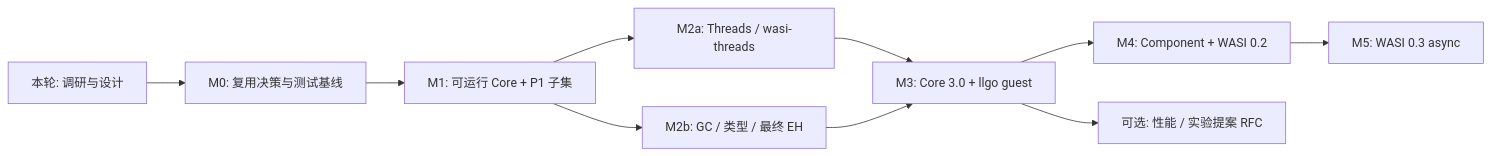
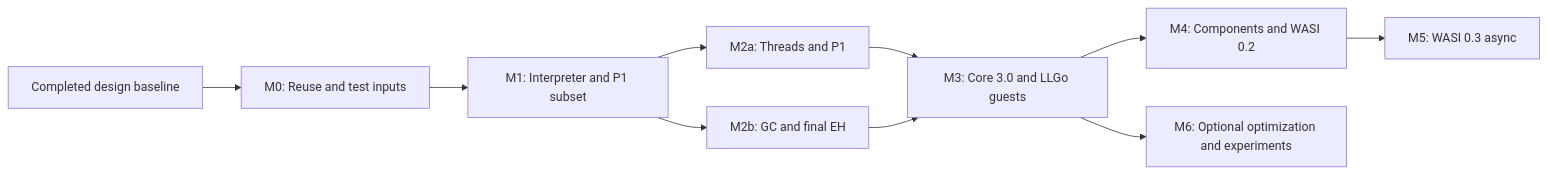
One commit to cpunion/wasmvm changed the diagram in docs/roadmap.md. Above: the diagram before and after it, drawn with Mermaid. The commit also changed other lines of this file and 8 other files, not shown here.

````diff
--- a/docs/roadmap.md
+++ b/docs/roadmap.md
@@ -21,12 +22,12 @@
 ```mermaid
 flowchart LR
-    D[本轮: 调研与设计] --> M0[M0: 复用决策与测试基线]
-    M0 --> M1[M1: 可运行 Core + P1 子集]
-    M1 --> M2A[M2a: Threads / wasi-threads]
-    M1 --> M2B[M2b: GC / 类型 / 最终 EH]
-    M2A --> M3[M3: Core 3.0 + llgo guest]
+    D[Completed design baseline] --> M0[M0: Reuse and test inputs]
+    M0 --> M1[M1: Interpreter and P1 subset]
+    M1 --> M2A[M2a: Threads and P1]
+    M1 --> M2B[M2b: GC and final EH]
+    M2A --> M3[M3: Core 3.0 and LLGo guests]
     M2B --> M3
-    M3 --> M4[M4: Component + WASI 0.2]
+    M3 --> M4[M4: Components and WASI 0.2]
     M4 --> M5[M5: WASI 0.3 async]
-    M3 --> MX[可选: 性能 / 实验提案 RFC]
+    M3 --> M6[M6: Optional optimization and experiments]
 ```
````
